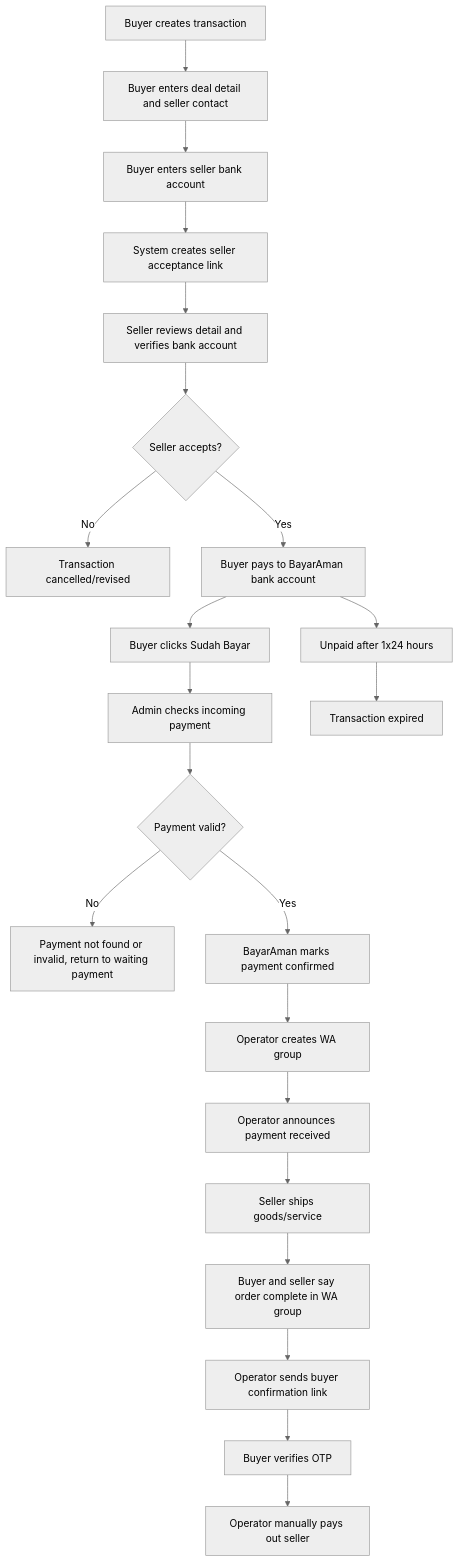
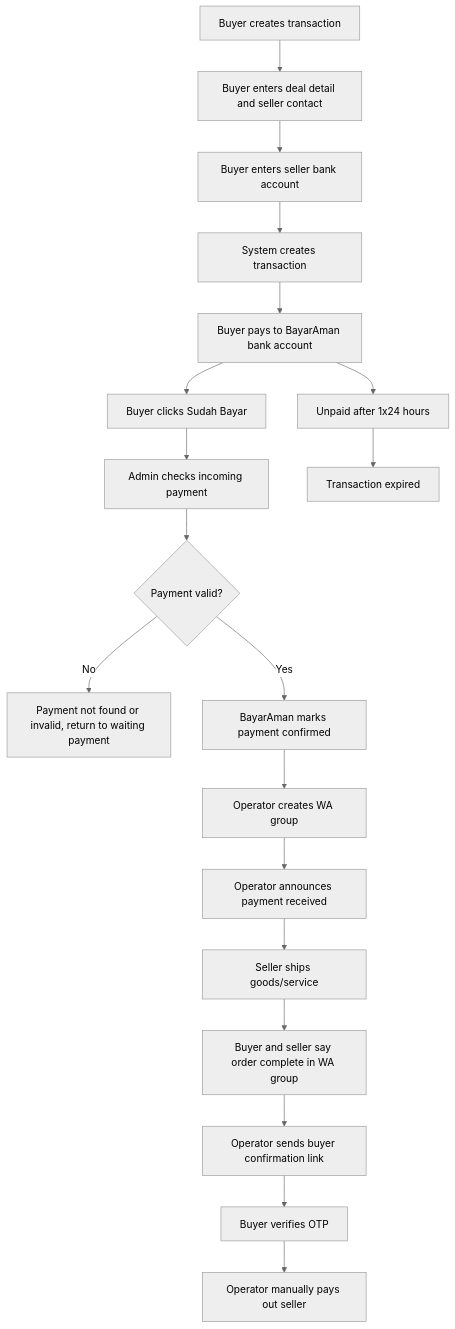
One commit to nunutech40/bayaraman changed the second of 4 diagrams in PRD.md. Above: the diagram before and after it, drawn with Mermaid (neutral theme). The commit also changed other lines of this file and 4 other files, not shown here.

Commit message:
Align docs with latest manual flow

````diff
--- a/PRD.md
+++ b/PRD.md
@@ -156,24 +156,21 @@
 ```mermaid
 flowchart TD
   A[Buyer creates transaction] --> B[Buyer enters deal detail and seller contact]
   B --> C[Buyer enters seller bank account]
-  C --> D[System creates seller acceptance link]
-  D --> E[Seller reviews detail and verifies bank account]
-  E --> F{Seller accepts?}
-  F -->|No| X[Transaction cancelled/revised]
-  F -->|Yes| G[Buyer pays to BayarAman bank account]
+  C --> D[System creates transaction]
+  D --> G[Buyer pays to BayarAman bank account]
   G --> H[Buyer clicks Sudah Bayar]
   H --> I[Admin checks incoming payment]
   I --> J{Payment valid?}
   J -->|No| K[Payment not found or invalid, return to waiting payment]
   J -->|Yes| L[BayarAman marks payment confirmed]
   L --> M[Operator creates WA group]
   M --> N[Operator announces payment received]
   N --> O[Seller ships goods/service]
   O --> P[Buyer and seller say order complete in WA group]
   P --> Q[Operator sends buyer confirmation link]
   Q --> R[Buyer verifies OTP]
   R --> S[Operator manually pays out seller]
   G --> T[Unpaid after 1x24 hours]
   T --> U[Transaction expired]
 ```
````
